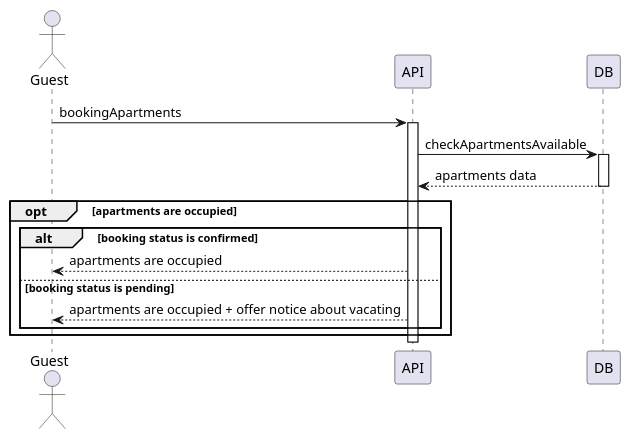
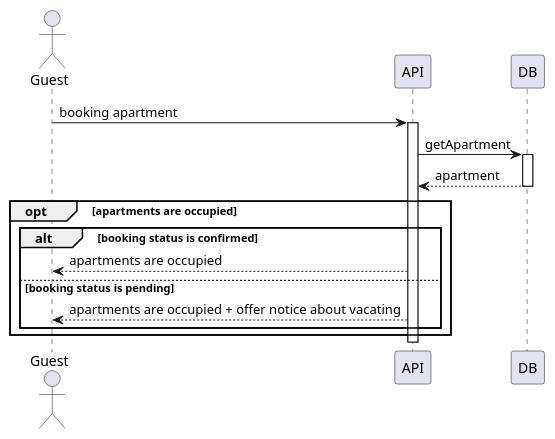
The diagram in lab3/sequence-3.md (opvlad/kpi-mavpz), drawn with PlantUML before and after one commit. The commit also changed 2 other files, not shown here.

Commit message:
fix: callss labels replaced with func name

````diff
--- a/lab3/sequence-3.md
+++ b/lab3/sequence-3.md
@@ -2,25 +2,25 @@
 ```plantuml
 @startuml
 
 actor Guest as guest
 
-guest -> API : bookingApartments
+guest -> API : booking apartment
 activate API
 
-API -> DB : checkApartmentsAvailable
+API -> DB : getApartment
 activate DB 
-DB --> API : apartments data
+DB --> API : apartment
 deactivate DB 
 
 opt apartments are occupied
 alt booking status is confirmed
 API --> guest : apartments are occupied
 else booking status is pending
 API --> guest : apartments are occupied + offer notice about vacating
 end
 end
 deactivate API
 
 
 @enduml
 ```
````
